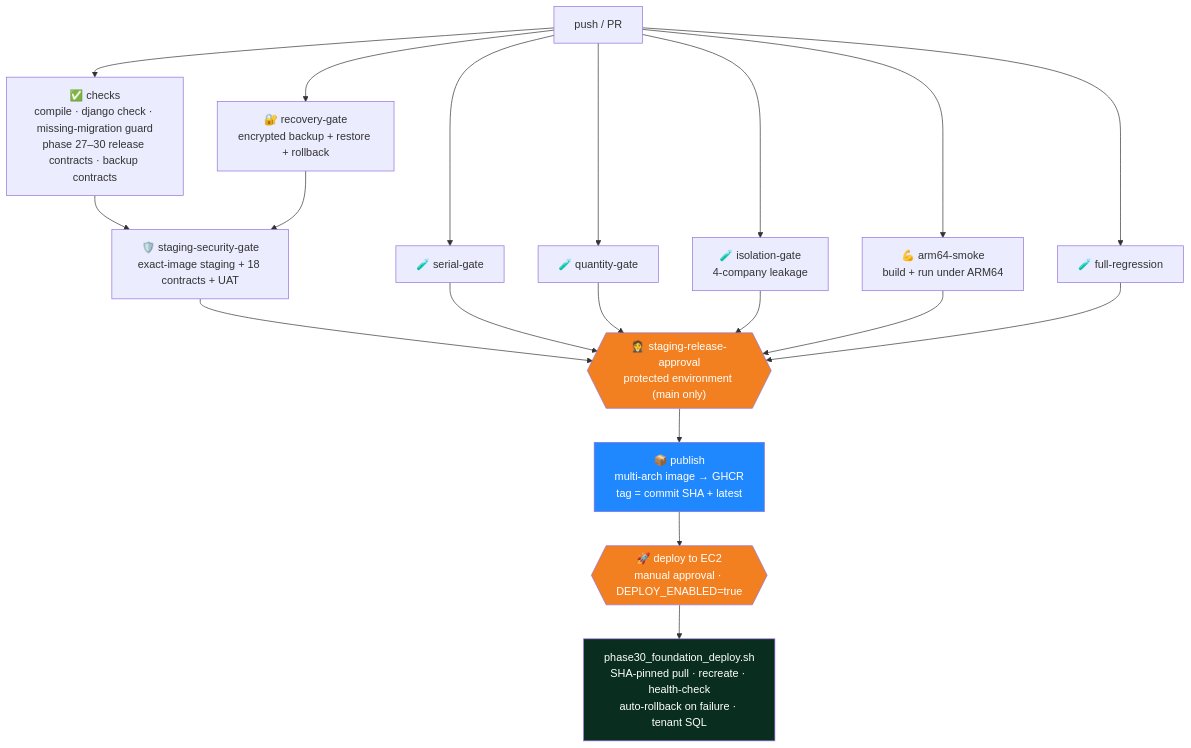
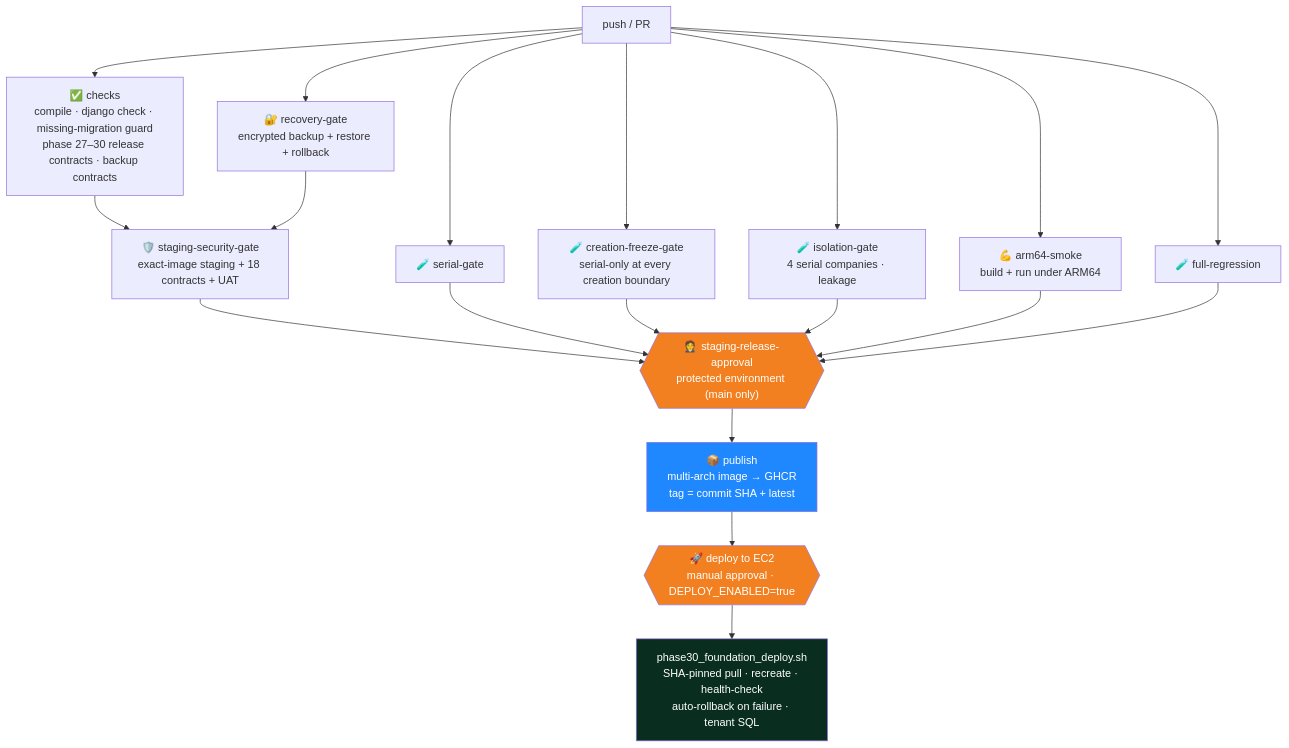
One commit to Maaz-Bin-Haider/Financee_Multitenant_Production changed the ninth of 9 diagrams in README.md. Above: the diagram before and after it, drawn with Mermaid. The commit also changed other lines of this file and 24 other files, not shown here.

Commit message:
Phase 1: freeze company creation to serial only

````diff
--- a/README.md
+++ b/README.md
@@ -530,21 +534,21 @@
 ```mermaid
 flowchart TB
     P[push / PR] --> CH[✅ checks<br/>compile · django check · missing-migration guard<br/>phase 27–30 release contracts · backup contracts]
     P --> SG[🧪 serial-gate]
-    P --> QG[🧪 quantity-gate]
-    P --> IG[🧪 isolation-gate<br/>4-company leakage]
+    P --> CFG[🧪 creation-freeze-gate<br/>serial-only at every creation boundary]
+    P --> IG[🧪 isolation-gate<br/>4 serial companies · leakage]
     P --> AS[💪 arm64-smoke<br/>build + run under ARM64]
     P --> FR[🧪 full-regression]
     P --> RG[🔐 recovery-gate<br/>encrypted backup + restore + rollback]
 
     CH & RG --> SS[🛡️ staging-security-gate<br/>exact-image staging + 18 contracts + UAT]
-    SS & SG & QG & IG & AS & FR --> AP{{"🧑‍⚖️ staging-release-approval<br/>protected environment (main only)"}}
+    SS & SG & CFG & IG & AS & FR --> AP{{"🧑‍⚖️ staging-release-approval<br/>protected environment (main only)"}}
     AP --> PUB[📦 publish<br/>multi-arch image → GHCR<br/>tag = commit SHA + latest]
     PUB --> DEP{{"🚀 deploy to EC2<br/>manual approval · DEPLOY_ENABLED=true"}}
     DEP --> SH[phase30_foundation_deploy.sh<br/>SHA-pinned pull · recreate · health-check<br/>auto-rollback on failure · tenant SQL]
 
     style AP fill:#F38020,color:#fff
     style DEP fill:#F38020,color:#fff
     style PUB fill:#2088FF,color:#fff
     style SH fill:#092E20,color:#fff
 ```
````
